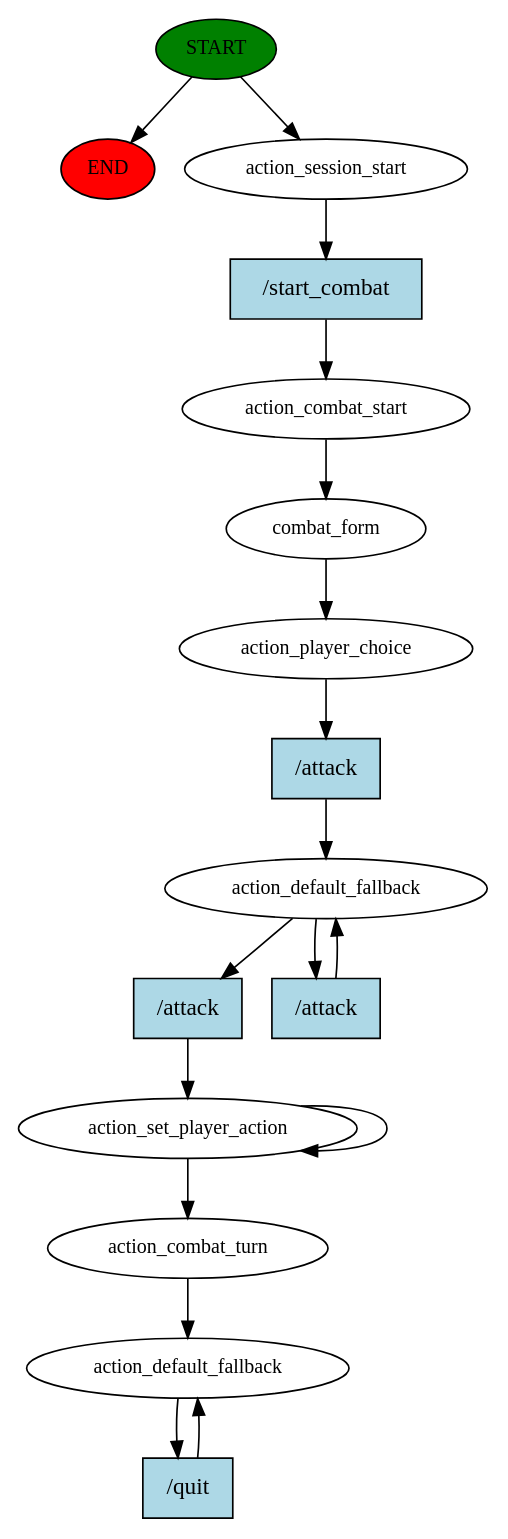
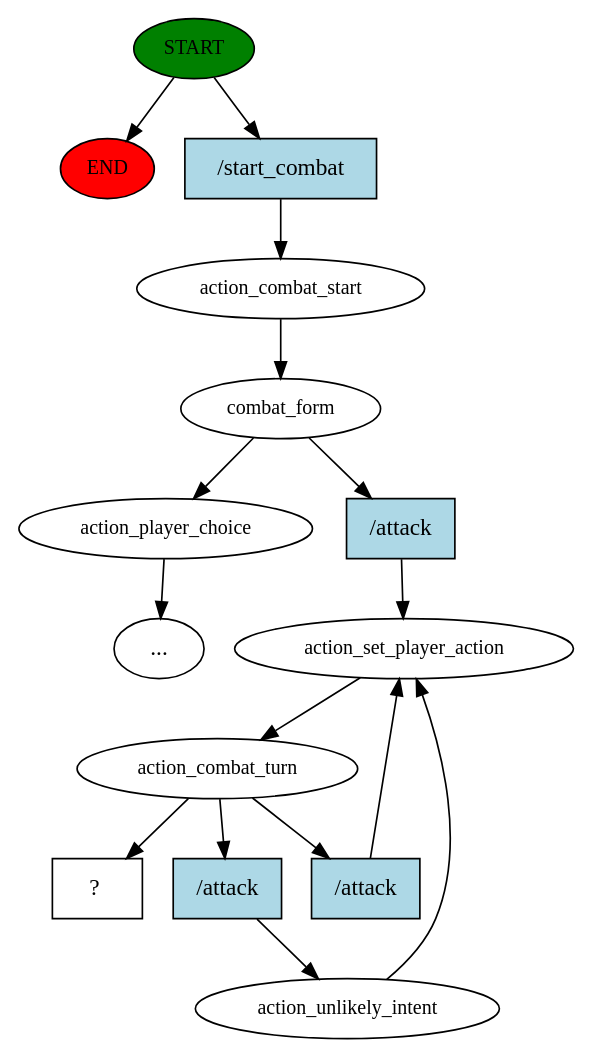
Before and after one commit to Zizeo/projet-interaction: the diagram in main_DnD/story_graph.dot, drawn with Graphviz. The commit also changed 6 other files, not shown here.

```diff
--- a/main_DnD/story_graph.dot
+++ b/main_DnD/story_graph.dot
@@ -1,34 +1,31 @@
 digraph  {
 0 [class="start active", fillcolor=green, fontsize=12, label=START, style=filled];
 "-1" [class=end, fillcolor=red, fontsize=12, label=END, style=filled];
-1 [class=active, fontsize=12, label=action_session_start];
-2 [class=active, fontsize=12, label=action_combat_start];
-3 [class=active, fontsize=12, label=combat_form];
-4 [class=active, fontsize=12, label=action_player_choice];
-5 [class=active, fontsize=12, label=action_default_fallback];
-7 [class=active, fontsize=12, label=action_set_player_action];
-9 [class=active, fontsize=12, label=action_combat_turn];
-10 [class="active dashed", fontsize=12, label=action_default_fallback];
-12 [class="intent active", fillcolor=lightblue, label="/start_combat", shape=rect, style=filled];
-13 [class="intent active", fillcolor=lightblue, label="/attack", shape=rect, style=filled];
-14 [class="intent active", fillcolor=lightblue, label="/attack", shape=rect, style=filled];
-15 [class="intent active", fillcolor=lightblue, label="/attack", shape=rect, style=filled];
-16 [class="intent active", fillcolor=lightblue, label="/quit", shape=rect, style=filled];
+1 [class=active, fontsize=12, label=action_combat_start];
+2 [class=active, fontsize=12, label=combat_form];
+3 [class="", fontsize=12, label=action_player_choice];
+"-6" [class=ellipsis, label="..."];
+15 [class=active, fontsize=12, label=action_set_player_action];
+16 [class=active, fontsize=12, label=action_combat_turn];
+17 [class=active, fontsize=12, label=action_unlikely_intent];
+22 [class="intent dashed active", label="  ?  ", shape=rect];
+23 [class="intent active", fillcolor=lightblue, label="/start_combat", shape=rect, style=filled];
+24 [class="intent active", fillcolor=lightblue, label="/attack", shape=rect, style=filled];
+25 [class="intent active", fillcolor=lightblue, label="/attack", shape=rect, style=filled];
+26 [class="intent active", fillcolor=lightblue, label="/attack", shape=rect, style=filled];
 0 -> "-1"  [class="", key=NONE, label=""];
-0 -> 1  [class=active, key=NONE, label=""];
-1 -> 12  [class=active, key=0];
-2 -> 3  [class=active, key=NONE, label=""];
-3 -> 4  [class=active, key=NONE, label=""];
-4 -> 13  [class=active, key=0];
-5 -> 14  [class=active, key=0];
-5 -> 15  [class=active, key=0];
-7 -> 9  [class=active, key=NONE, label=""];
-7 -> 7  [class=active, key=NONE, label=""];
-9 -> 10  [class=active, key=NONE, label=""];
-10 -> 16  [class=active, key=0];
-12 -> 2  [class=active, key=0];
-13 -> 5  [class=active, key=0];
-14 -> 7  [class=active, key=0];
-15 -> 5  [class=active, key=0];
-16 -> 10  [class=active, key=0];
+0 -> 23  [class=active, key=0];
+1 -> 2  [class=active, key=NONE, label=""];
+2 -> 3  [class="", key=NONE, label=""];
+2 -> 24  [class=active, key=0];
+3 -> "-6"  [class="", key=NONE, label=""];
+15 -> 16  [class=active, key=NONE, label=""];
+16 -> 22  [class=active, key=NONE, label=""];
+16 -> 25  [class=active, key=0];
+16 -> 26  [class=active, key=0];
+17 -> 15  [class=active, key=NONE, label=""];
+23 -> 1  [class=active, key=0];
+24 -> 15  [class=active, key=0];
+25 -> 17  [class=active, key=0];
+26 -> 15  [class=active, key=0];
 }
```
